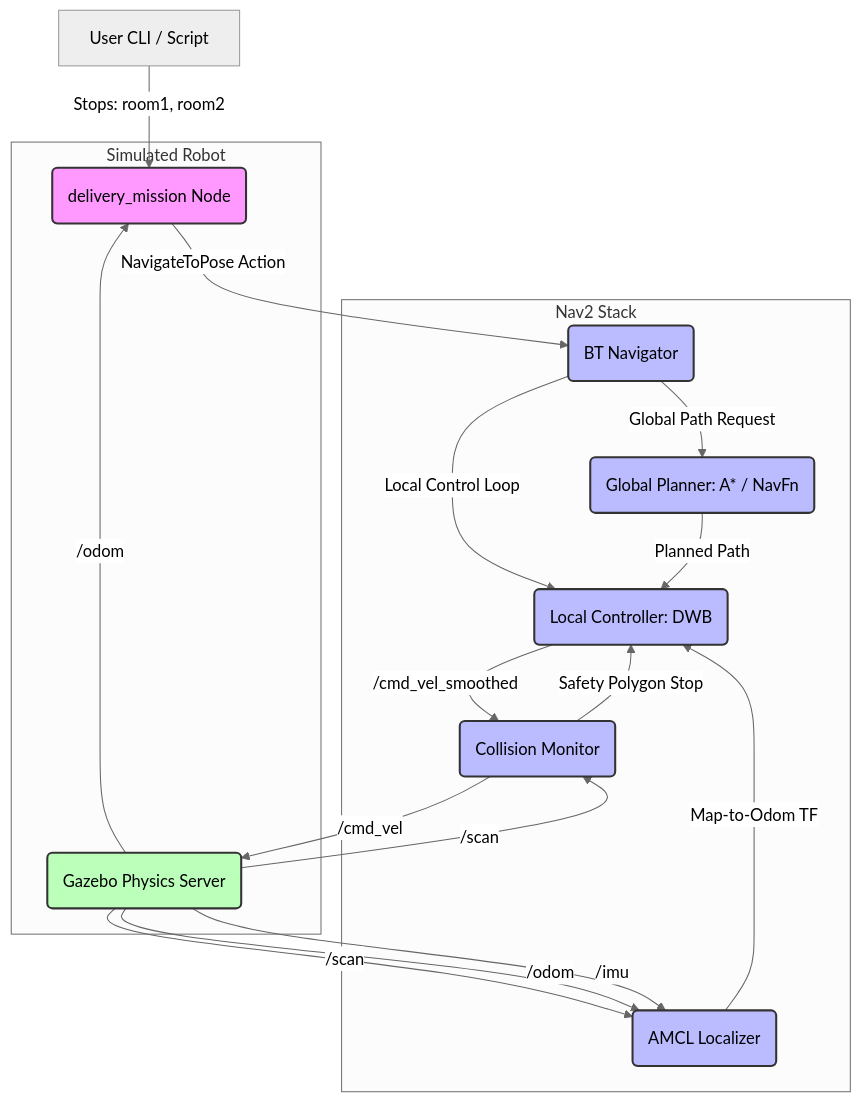
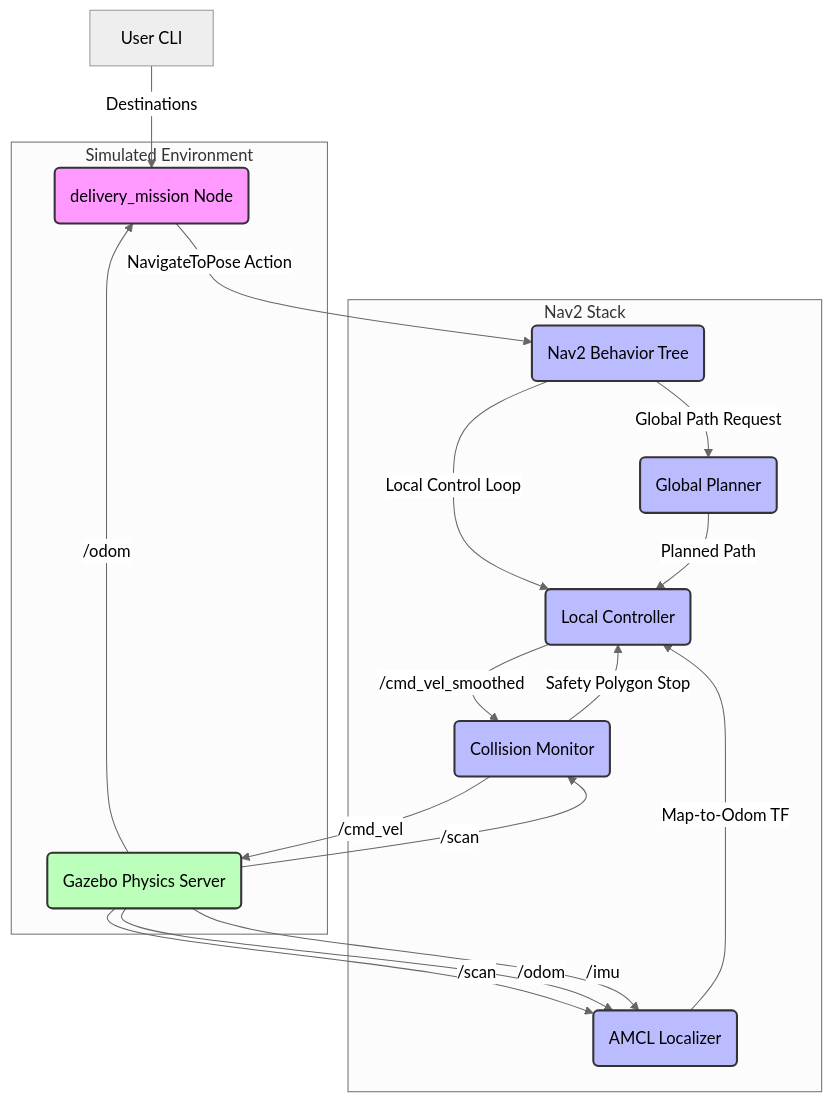
The diagram in TECHNICAL_REPORT.md (Bethel-g/delivery_robot), drawn with Mermaid (neutral theme) before and after one commit. The commit also changed other lines of this file and 7 other files, not shown here.

````diff
--- a/TECHNICAL_REPORT.md
+++ b/TECHNICAL_REPORT.md
@@ -23,28 +79,28 @@
 ```mermaid
 graph TD
     classDef client fill:#f9f,stroke:#333,stroke-width:2px;
     classDef nav fill:#bbf,stroke:#333,stroke-width:2px;
     classDef sim fill:#bfb,stroke:#333,stroke-width:2px;
 
-    User[User CLI / Script] -->|Stops: room1, room2| DM(delivery_mission Node):::client
-    DM -->|NavigateToPose Action| BT(BT Navigator):::nav
+    User[User CLI] -->|Destinations| DM(delivery_mission Node):::client
+    DM -->|NavigateToPose Action| BT(Nav2 Behavior Tree):::nav
     
     subgraph Nav2 Stack
-        BT -->|Global Path Request| GP(Global Planner: A* / NavFn):::nav
-        BT -->|Local Control Loop| LP(Local Controller: DWB):::nav
+        BT -->|Global Path Request| GP(Global Planner):::nav
+        BT -->|Local Control Loop| LP(Local Controller):::nav
         GP -->|Planned Path| LP
         AMCL(AMCL Localizer):::nav -->|Map-to-Odom TF| LP
         CM(Collision Monitor):::nav -->|Safety Polygon Stop| LP
     end
     
     LP -->|/cmd_vel_smoothed| CM
     CM -->|/cmd_vel| Gazebo(Gazebo Physics Server):::sim
     
-    subgraph Simulated Robot
+    subgraph Simulated Environment
         Gazebo -->|/scan| AMCL
         Gazebo -->|/scan| CM
         Gazebo -->|/odom| AMCL
         Gazebo -->|/odom| DM
         Gazebo -->|/imu| AMCL
     end
 ```
````
